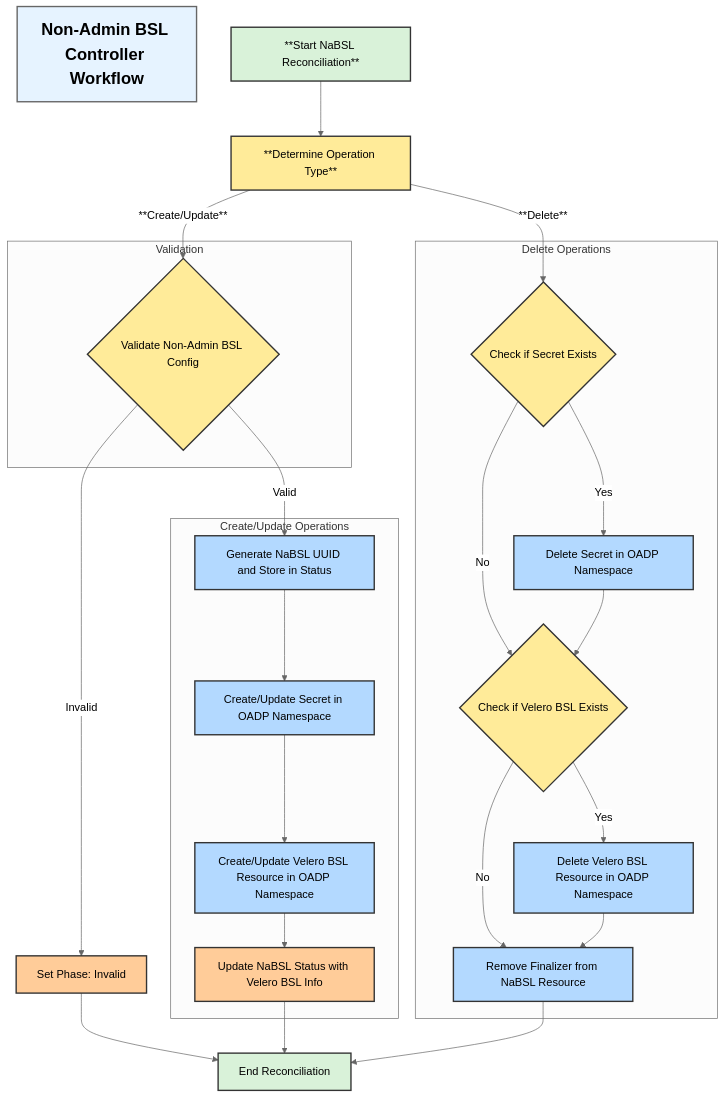
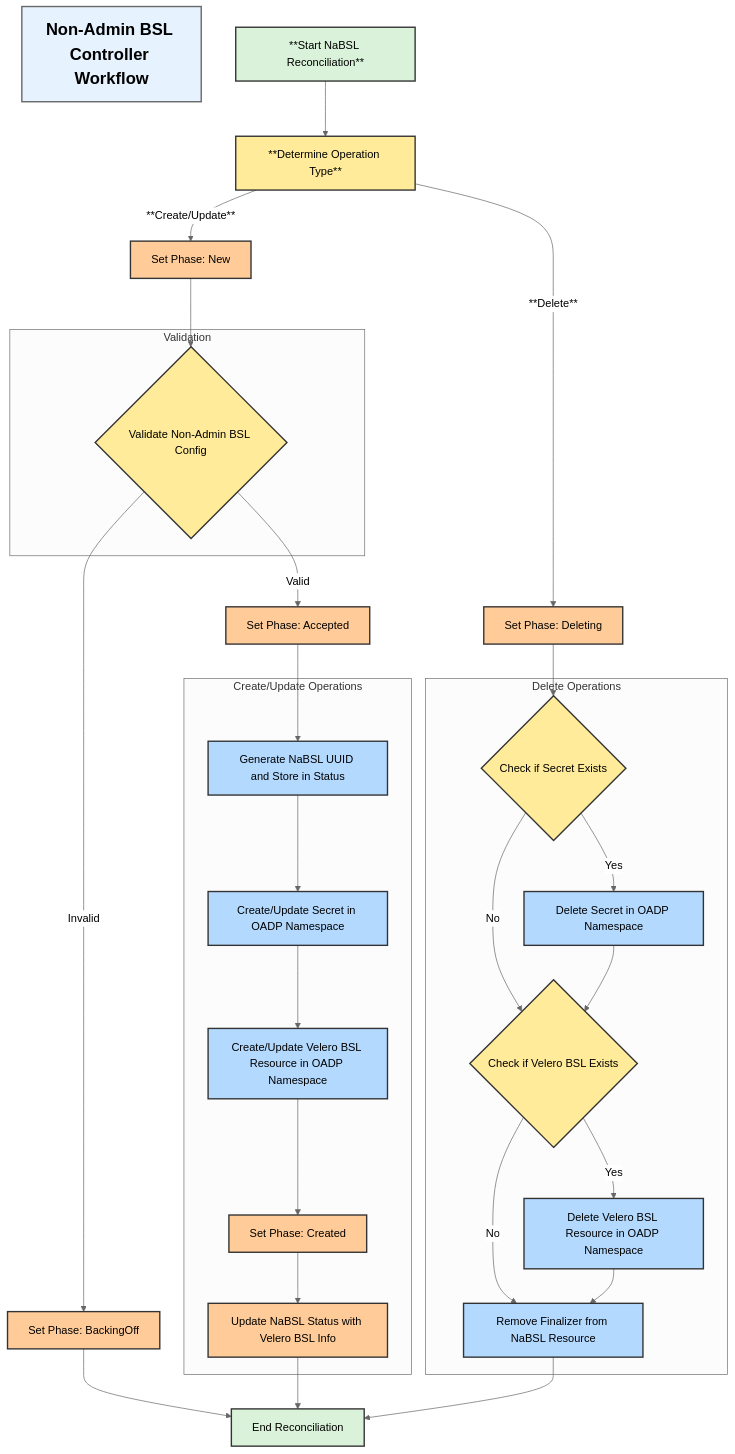
One commit to migtools/oadp-non-admin changed the diagram in docs/design/non_admin_backupstoragelocation.md. Above: the diagram before and after it, drawn with Mermaid.

Commit message:
Adjust design diagram to add Phases to the NonAdminBSL process.

````diff
--- a/docs/design/non_admin_backupstoragelocation.md
+++ b/docs/design/non_admin_backupstoragelocation.md
@@ -8,66 +8,71 @@
 ```mermaid
 %%{init: {'theme':'neutral'}}%%
 flowchart TD
     title[Non-Admin BSL Controller Workflow]
     style title font-size:24px,font-weight:bold,fill:#e6f3ff,stroke:#666,stroke-width:2px,stroke-dasharray: 0
 
     %% Start
     START[**Start NaBSL Reconciliation**] --> OPERATION[**Determine Operation Type**]
 
     %% Create/Update Flow
-    OPERATION -->|**Create/Update**| VALIDATE_CONFIG{Validate Non-Admin BSL Config}
-    VALIDATE_CONFIG -->|Invalid| INVALID_CONFIG[Set Phase: Invalid]
-    VALIDATE_CONFIG -->|Valid| GENERATE_UUID[Generate NaBSL UUID and Store in Status]
+    OPERATION -->|**Create/Update**| SET_PHASE_NEW[Set Phase: New]
+    SET_PHASE_NEW --> VALIDATE_CONFIG{Validate Non-Admin BSL Config}
+    VALIDATE_CONFIG -->|Invalid| INVALID_CONFIG[Set Phase: BackingOff]
+    VALIDATE_CONFIG -->|Valid| VALID_CONFIG[Set Phase: Accepted]
+    VALID_CONFIG --> GENERATE_UUID[Generate NaBSL UUID and Store in Status]
 
     GENERATE_UUID --> CREATE_OR_UPDATE_SECRET[Create/Update Secret in OADP Namespace]
     CREATE_OR_UPDATE_SECRET --> CREATE_OR_UPDATE_BSL[Create/Update Velero BSL Resource in OADP Namespace]
-    CREATE_OR_UPDATE_BSL --> UPDATE_STATUS[Update NaBSL Status with Velero BSL Info]
+    CREATE_OR_UPDATE_BSL --> SET_PHASE_CREATED[Set Phase: Created]
+    SET_PHASE_CREATED --> UPDATE_STATUS[Update NaBSL Status with Velero BSL Info]
 
     %% Delete Flow
-    OPERATION -->|**Delete**| CHECK_SECRET_EXISTS{Check if Secret Exists}
+    OPERATION -->|**Delete**| SET_PHASE_DELETING[Set Phase: Deleting]
+    SET_PHASE_DELETING --> CHECK_SECRET_EXISTS{Check if Secret Exists}
     CHECK_SECRET_EXISTS -->|Yes| DELETE_SECRET[Delete Secret in OADP Namespace]
     CHECK_SECRET_EXISTS -->|No| CHECK_BSL_EXISTS{Check if Velero BSL Exists}
 
     DELETE_SECRET --> CHECK_BSL_EXISTS
     CHECK_BSL_EXISTS -->|Yes| DELETE_BSL[Delete Velero BSL Resource in OADP Namespace]
     CHECK_BSL_EXISTS -->|No| REMOVE_FINALIZER[Remove Finalizer from NaBSL Resource]
 
     DELETE_BSL --> REMOVE_FINALIZER
 
     %% Endpoints
     INVALID_CONFIG --> END[End Reconciliation]
     UPDATE_STATUS --> END
     REMOVE_FINALIZER --> END
 
     %% Subgraphs
     subgraph "Validation"
     VALIDATE_CONFIG
     end
 
     subgraph "Create/Update Operations"
     GENERATE_UUID
     CREATE_OR_UPDATE_SECRET
     CREATE_OR_UPDATE_BSL
+    SET_PHASE_CREATED
     UPDATE_STATUS
     end
 
     subgraph "Delete Operations"
     CHECK_SECRET_EXISTS
     DELETE_SECRET
     CHECK_BSL_EXISTS
     DELETE_BSL
     REMOVE_FINALIZER
     end
 
     %% Styling
     classDef phase fill:#ffcc99,stroke:#333,stroke-width:2px
     classDef process fill:#b3d9ff,stroke:#333,stroke-width:2px
     classDef decision fill:#ffeb99,stroke:#333,stroke-width:2px
     classDef endpoint fill:#d9f2d9,stroke:#333,stroke-width:2px
 
     %% Apply styles
     class START,END endpoint
     class OPERATION,VALIDATE_CONFIG,CHECK_SECRET_EXISTS,CHECK_BSL_EXISTS decision
     class GENERATE_UUID,CREATE_OR_UPDATE_SECRET,CREATE_OR_UPDATE_BSL,DELETE_SECRET,DELETE_BSL,REMOVE_FINALIZER process
-    class INVALID_CONFIG,UPDATE_STATUS phase
+    class INVALID_CONFIG,UPDATE_STATUS,VALID_CONFIG,SET_PHASE_DELETING,SET_PHASE_NEW,SET_PHASE_CREATED phase
 ```
````
